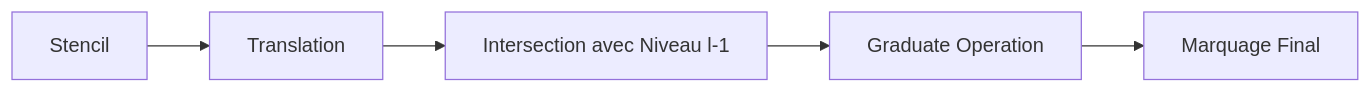
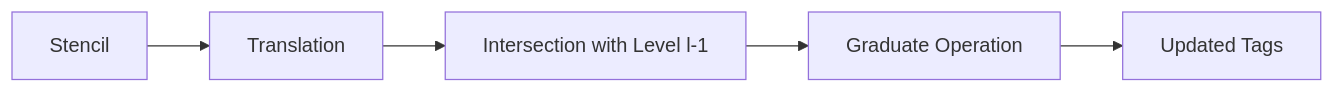
Before and after one commit to sbstndb/samurai: the sixth of 7 diagrams in docs/graduation_algorithm.md, drawn with Mermaid. The commit also changed other lines of this file and 8 other files, not shown here.

````diff
--- a/docs/graduation_algorithm.md
+++ b/docs/graduation_algorithm.md
@@ -197,7 +197,7 @@
 ```mermaid
 graph LR
     A[Stencil] --> B[Translation]
-    B --> C[Intersection avec Niveau l-1]
+    B --> C[Intersection with Level l-1]
     C --> D[Graduate Operation]
-    D --> E[Marquage Final]
+    D --> E[Updated Tags]
 ```
````
